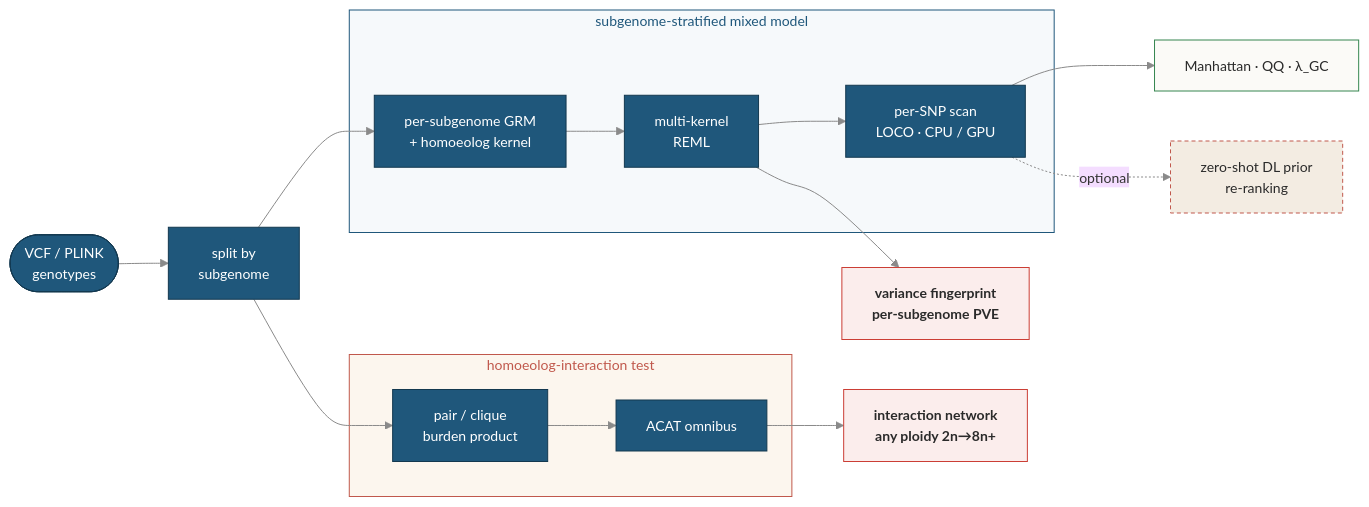
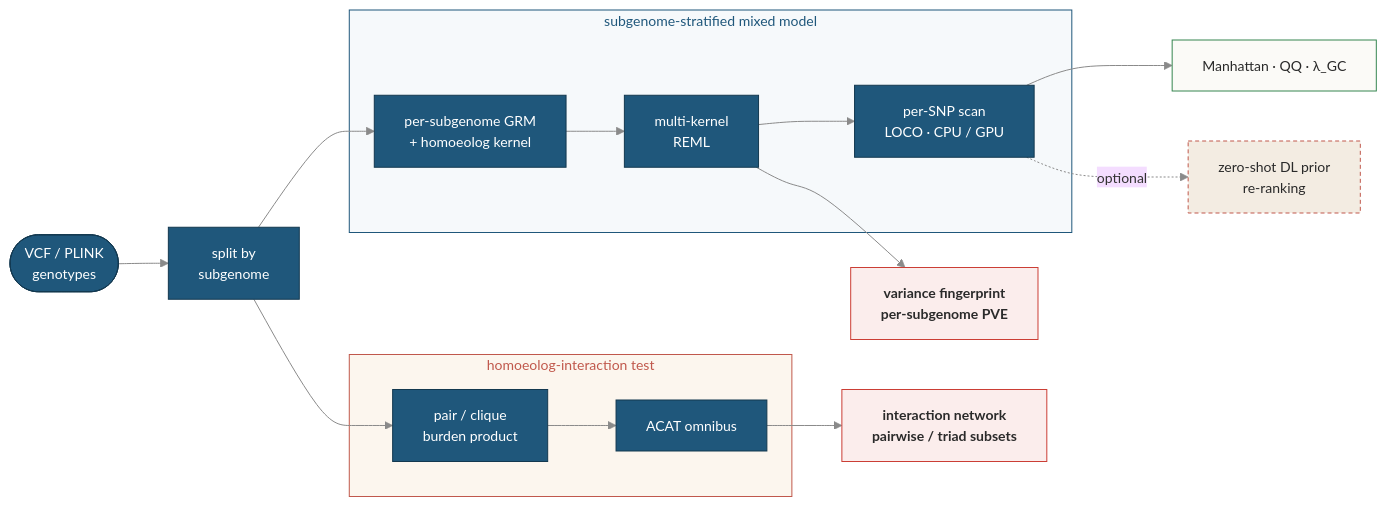
One commit to Shipeng-Yang/HomoeoGWAS changed the diagram in README.md. Above: the diagram before and after it, drawn with Mermaid. The commit also changed other lines of this file and 281 other files, not shown here.

````diff
--- a/README.md
+++ b/README.md
@@ -134,32 +134,32 @@
 ```mermaid
 %%{init: {"theme":"base","themeVariables":{"fontFamily":"Helvetica, Arial, sans-serif","fontSize":"14px","lineColor":"#8A8A8A"}}}%%
 flowchart LR
     G(["VCF / PLINK<br/>genotypes"]) --> S["split by<br/>subgenome"]
 
     subgraph MODEL["subgenome-stratified mixed model"]
         K["per-subgenome GRM<br/>+ homoeolog kernel"] --> R["multi-kernel<br/>REML"]
         R --> SC["per-SNP scan<br/>LOCO · CPU / GPU"]
     end
 
     subgraph INT["homoeolog-interaction test"]
         I["pair / clique<br/>burden product"] --> N["ACAT omnibus"]
     end
 
     S --> K
     S --> I
     R --> V["variance fingerprint<br/>per-subgenome PVE"]
     SC --> O["Manhattan · QQ · λ_GC"]
-    N --> W["interaction network<br/>any ploidy 2n→8n+"]
+    N --> W["interaction network<br/>pairwise / triad subsets"]
     SC -. optional .-> D["zero-shot DL prior<br/>re-ranking"]
 
     classDef stage fill:#1F577B,stroke:#13384f,color:#ffffff;
     classDef out   fill:#FBFAF7,stroke:#368650,color:#2A2A2A;
     classDef star  fill:#FBEDEC,stroke:#CB3E35,color:#2A2A2A,font-weight:bold;
     classDef opt   fill:#F3ECE2,stroke:#C0584C,color:#2A2A2A,stroke-dasharray:4 3;
     class G,S,K,R,SC,I,N stage;
     class O out;
     class V,W star;
     class D opt;
     style MODEL fill:#F6F9FB,stroke:#1F577B,color:#1F577B;
     style INT   fill:#FCF6EE,stroke:#C0584C,color:#C0584C;
 ```
````
